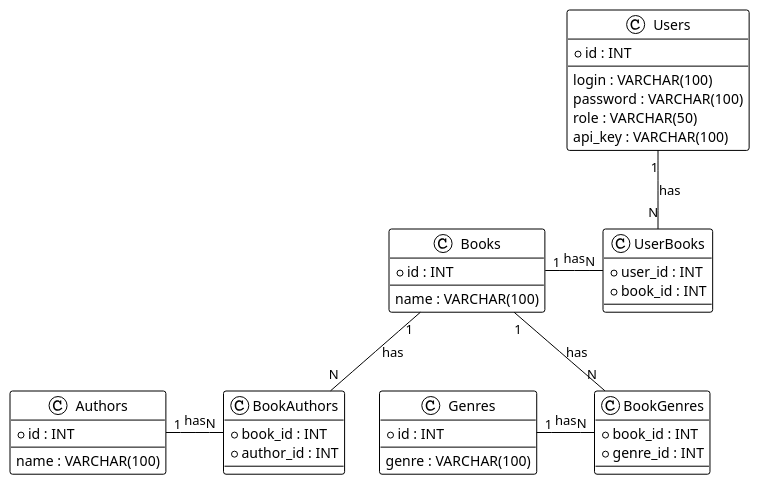
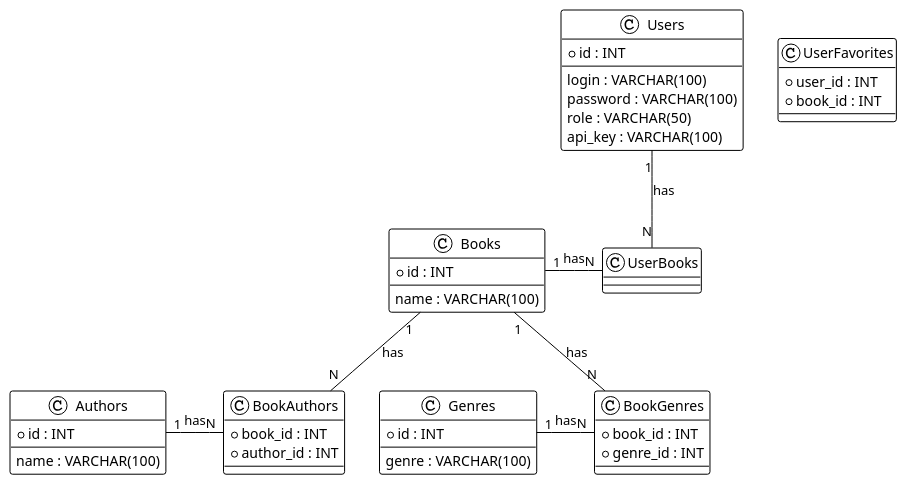
One commit to idSynth/OnlineLibraryAPI changed the diagram in uml/ClassDiagram.puml. Above: the diagram before and after it, drawn with PlantUML.

```diff
--- a/uml/ClassDiagram.puml
+++ b/uml/ClassDiagram.puml
@@ -1,51 +1,51 @@
 @startuml
 !theme plain
 class Users {
   + id : INT
   --
   login : VARCHAR(100)
   password : VARCHAR(100)
   role : VARCHAR(50)
   api_key : VARCHAR(100)
 }
 
 class Books {
   + id : INT
   --
   name : VARCHAR(100)
 }
 
 class Authors {
   + id : INT
   --
   name : VARCHAR(100)
 }
 
 class Genres {
   + id : INT
   --
   genre : VARCHAR(100)
 }
 
 class BookAuthors {
   + book_id : INT
   + author_id : INT
 }
 
 class BookGenres {
   + book_id : INT
   + genre_id : INT
 }
 
-class UserBooks {
+class UserFavorites {
   + user_id : INT
   + book_id : INT
 }
 
 Users "1" -- "N" UserBooks : has
 Books "1" - "N" UserBooks : has
 Books "1" -- "N" BookAuthors : has
 Authors "1" - "N" BookAuthors : has
 Books "1" -- "N" BookGenres : has
 Genres "1" - "N" BookGenres : has
 @enduml
```
